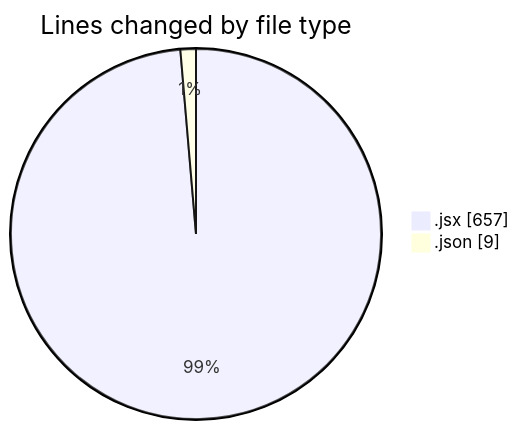
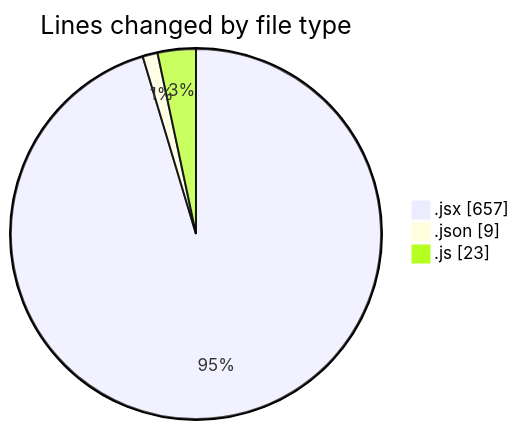
Before and after one commit to nxtqubesakshisongat/code-tracking: the first of 2 diagrams in 2025-07-31/nxtqube_webapp/README.md, drawn with Mermaid. The commit also changed other lines of this file and 1 other file, not shown here.

````diff
--- a/2025-07-31/nxtqube_webapp/README.md
+++ b/2025-07-31/nxtqube_webapp/README.md
@@ -22,6 +23,7 @@
 ```mermaid
 pie showData
 title Lines changed by file type
 ".jsx" : 657
 ".json" : 9
+".js" : 23
 ```
````
